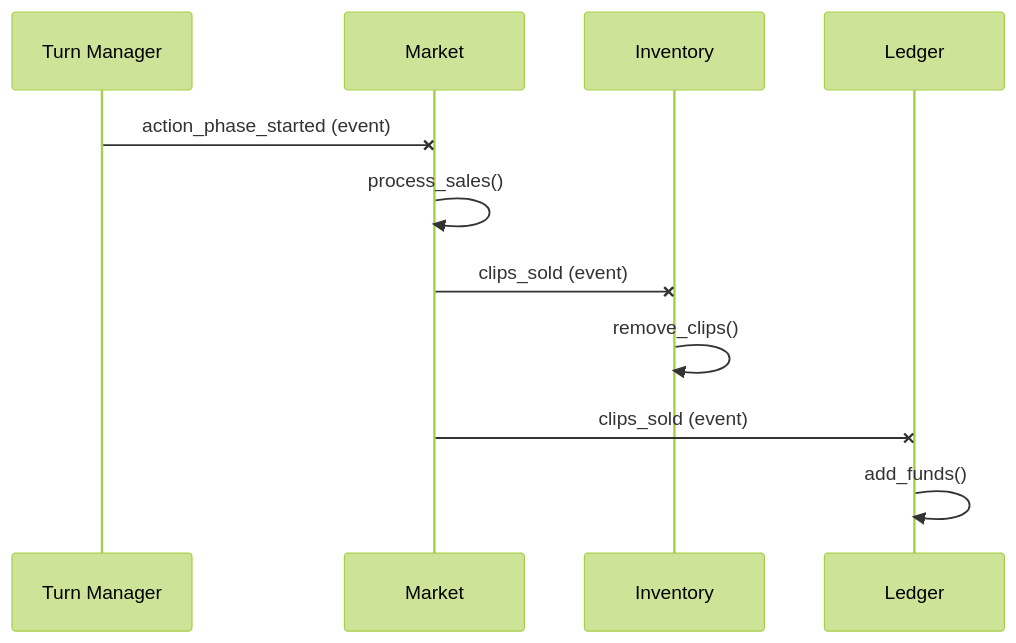
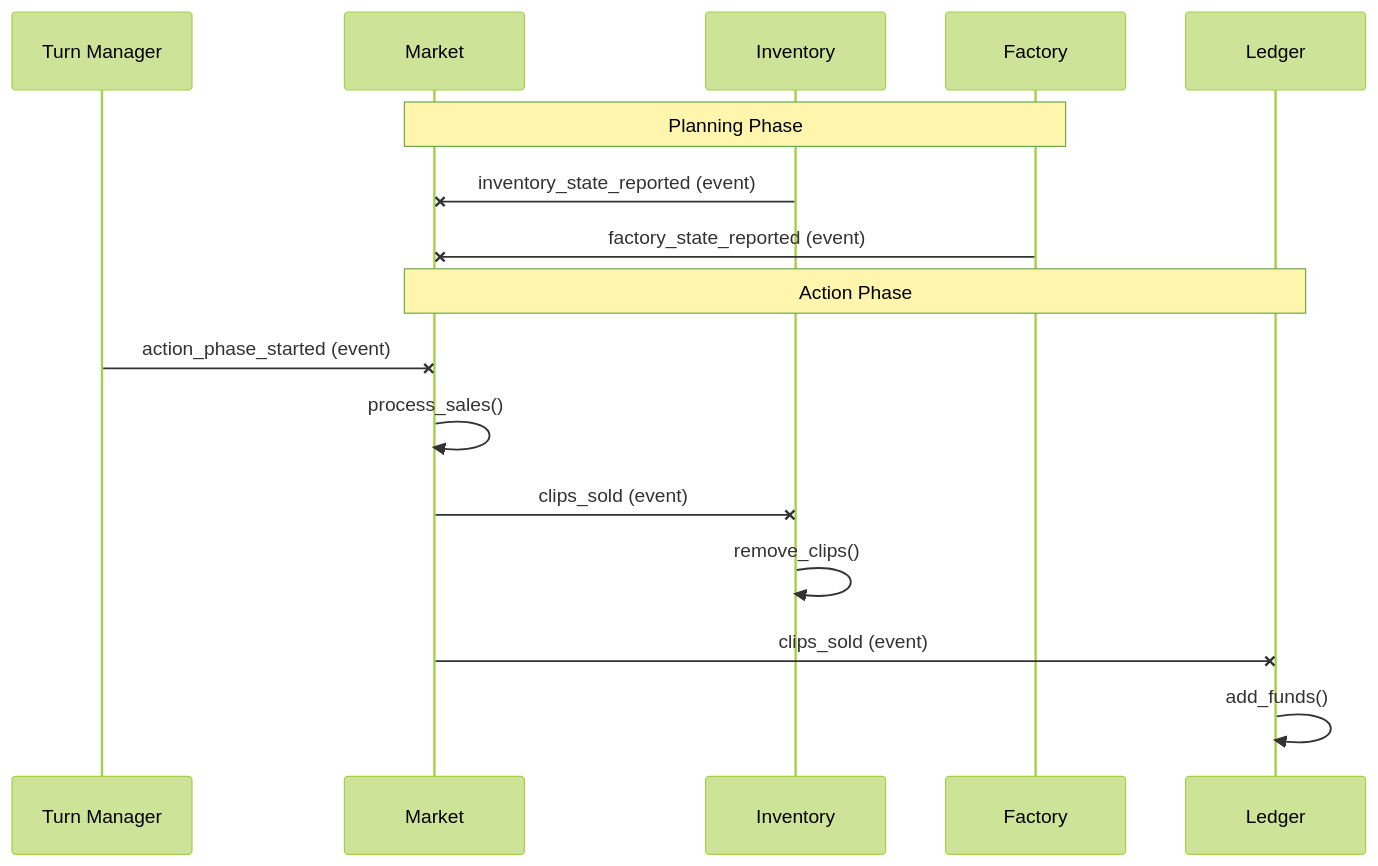
The sixth of 7 diagrams in design_specifications/modules.md (corvuslee/clipforge), drawn with Mermaid (forest theme) before and after one commit. The commit also changed other lines of this file and 3 other files, not shown here.

````diff
--- a/design_specifications/modules.md
+++ b/design_specifications/modules.md
@@ -164,14 +165,20 @@
 ```mermaid
 sequenceDiagram
     participant TM as Turn Manager
     participant Mar as Market
     participant Inv as Inventory
+    participant Fac as Factory
     participant Led as Ledger
 
+    Note over Mar,Fac: Planning Phase
+    Inv-xMar: inventory_state_reported (event)
+    Fac-xMar: factory_state_reported (event)
+
+    Note over Mar,Led: Action Phase
     TM-xMar: action_phase_started (event)
     Mar->>Mar: process_sales()
     Mar-xInv: clips_sold (event)
     Inv->>Inv: remove_clips()
     Mar-xLed: clips_sold (event)
     Led->>Led: add_funds()
 ```
````
